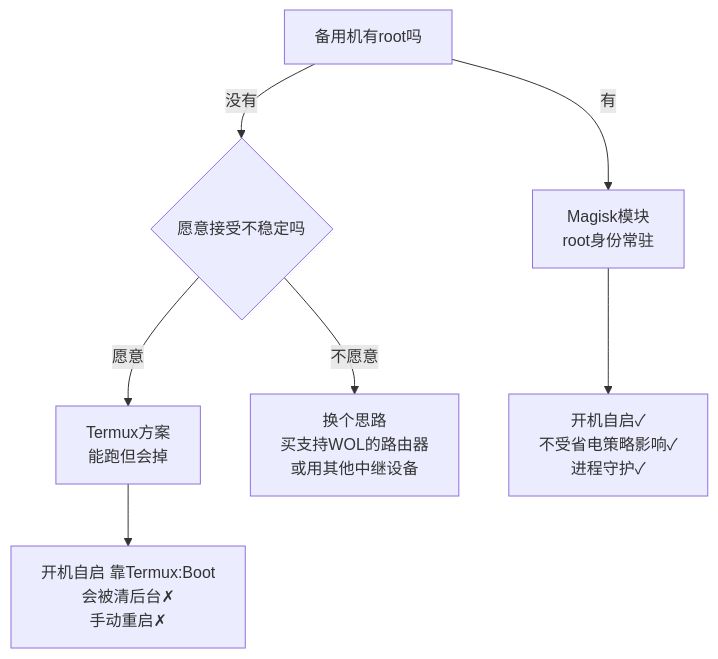
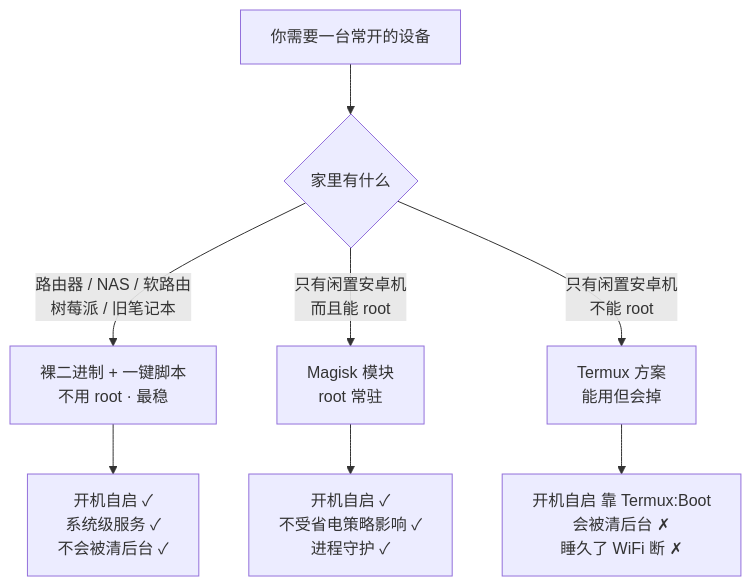
Before and after one commit to huangJUN6666/wol-relay-android: the first of 3 diagrams in docs/05-没有root怎么办.md, drawn with Mermaid. The commit also changed other lines of this file and 31 other files, not shown here.

````diff
--- a/docs/05-没有root怎么办.md
+++ b/docs/05-没有root怎么办.md
@@ -11,10 +18,11 @@
 ```mermaid
 flowchart TD
-    A[备用机有root吗] -->|有| B[Magisk模块<br/>root身份常驻]
-    A -->|没有| C{愿意接受不稳定吗}
-    C -->|愿意| D[Termux方案<br/>能跑但会掉]
-    C -->|不愿意| E[换个思路<br/>买支持WOL的路由器<br/>或用其他中继设备]
+    A[你需要一台常开的设备] --> B{家里有什么}
+    B -->|路由器 / NAS / 软路由<br/>树莓派 / 旧笔记本| C["裸二进制 + 一键脚本<br/>不用 root · 最稳"]
+    B -->|只有闲置安卓机<br/>而且能 root| D["Magisk 模块<br/>root 常驻"]
+    B -->|只有闲置安卓机<br/>不能 root| E["Termux 方案<br/>能用但会掉"]
 
-    B --> F[开机自启✓<br/>不受省电策略影响✓<br/>进程守护✓]
-    D --> G[开机自启 靠Termux:Boot<br/>会被清后台✗<br/>手动重启✗]
+    C --> F["开机自启 ✓<br/>系统级服务 ✓<br/>不会被清后台 ✓"]
+    D --> G["开机自启 ✓<br/>不受省电策略影响 ✓<br/>进程守护 ✓"]
+    E --> H["开机自启 靠 Termux:Boot<br/>会被清后台 ✗<br/>睡久了 WiFi 断 ✗"]
 ```
````
